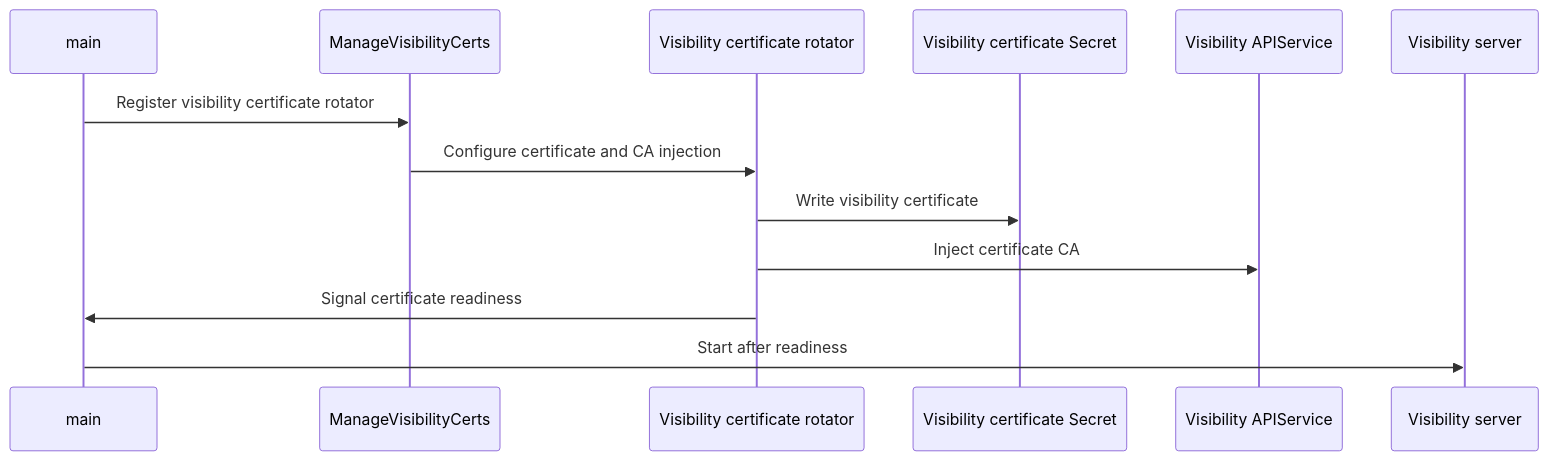
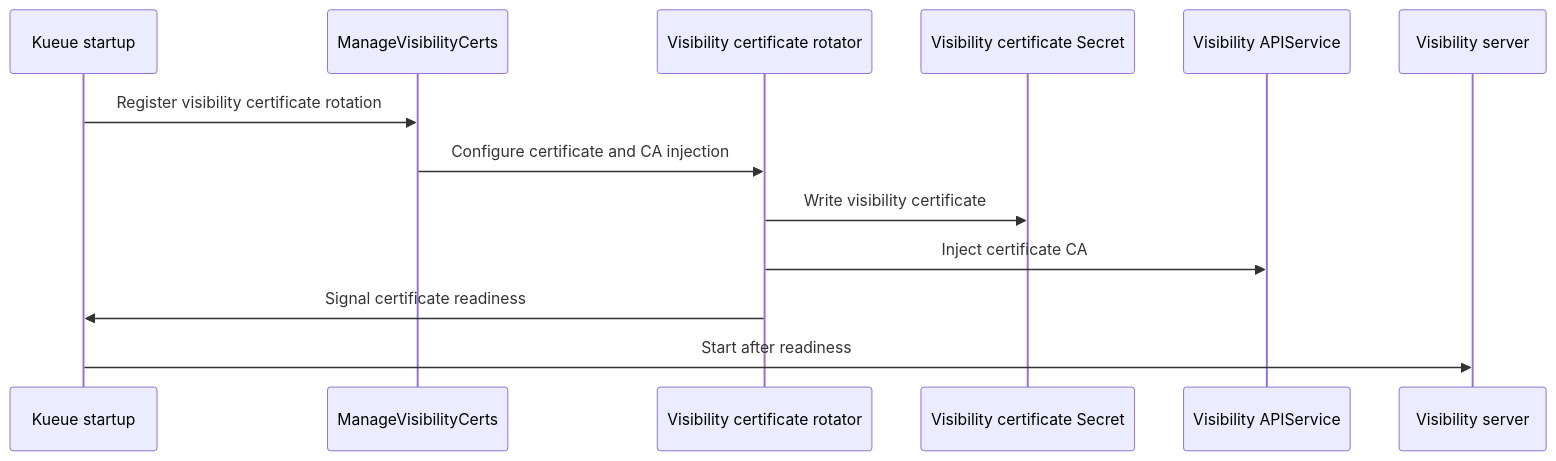
The diagram in raw/github/kubernetes-sigs__kueue/pr-16357.md (reruno/kueue-llm-wiki), drawn with Mermaid before and after one commit. The commit also changed other lines of this file and 713 other files, not shown here.

````diff
--- a/raw/github/kubernetes-sigs__kueue/pr-16357.md
+++ b/raw/github/kubernetes-sigs__kueue/pr-16357.md
@@ -226,15 +245,15 @@
 ```mermaid
 sequenceDiagram
-  participant Main as main
-  participant CertManager as ManageVisibilityCerts
+  participant Main as Kueue startup
+  participant Cert as ManageVisibilityCerts
   participant Rotator as Visibility certificate rotator
   participant Secret as Visibility certificate Secret
-  participant APIService as Visibility APIService
+  participant API as Visibility APIService
   participant Server as Visibility server
-  Main->>CertManager: Register visibility certificate rotator
-  CertManager->>Rotator: Configure certificate and CA injection
+  Main->>Cert: Register visibility certificate rotation
+  Cert->>Rotator: Configure certificate and CA injection
   Rotator->>Secret: Write visibility certificate
-  Rotator->>APIService: Inject certificate CA
+  Rotator->>API: Inject certificate CA
   Rotator->>Main: Signal certificate readiness
   Main->>Server: Start after readiness
 ```
````
